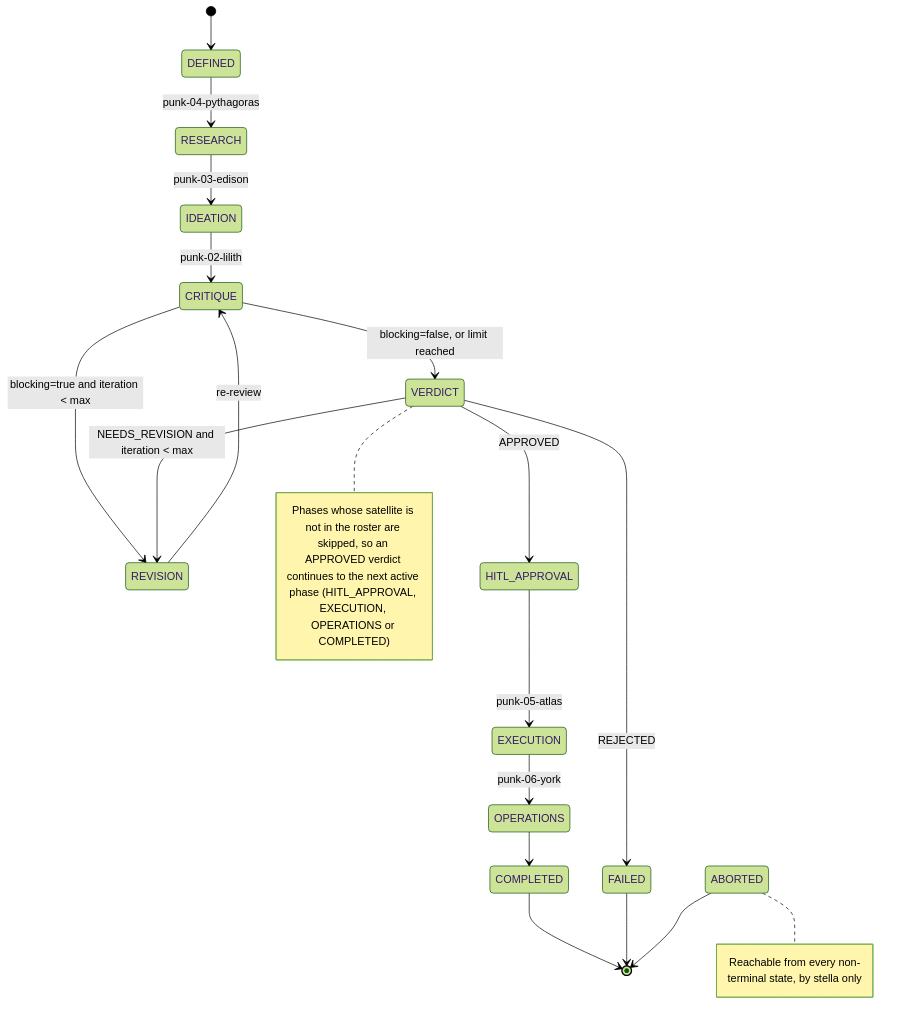
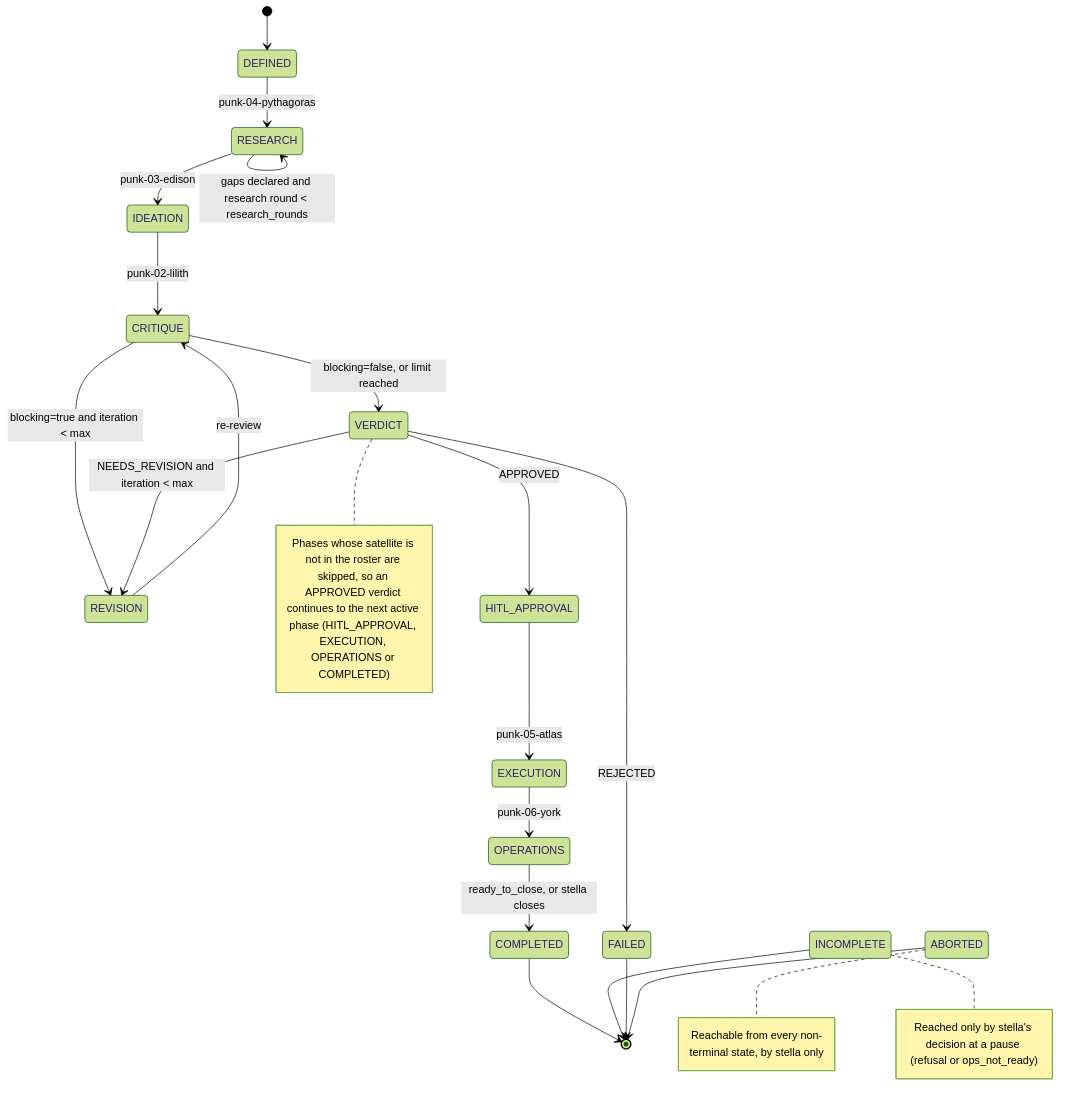
Before and after one commit to ckomiya/vegapunk-agents: the diagram in core/architecture.md, drawn with Mermaid (forest theme). The commit also changed other lines of this file and 1 other file, not shown here.

Commit message:
docs(core): specification 0.3.0 with refusals, flags, research rounds, ready_to_close and incomplete state

````diff
--- a/core/architecture.md
+++ b/core/architecture.md
@@ -93,21 +94,24 @@
 ```mermaid
 stateDiagram-v2
     [*] --> DEFINED
     DEFINED --> RESEARCH : punk-04-pythagoras
+    RESEARCH --> RESEARCH : gaps declared and research round < research_rounds
     RESEARCH --> IDEATION : punk-03-edison
     IDEATION --> CRITIQUE : punk-02-lilith
     CRITIQUE --> REVISION : blocking=true and iteration < max
     REVISION --> CRITIQUE : re-review
     CRITIQUE --> VERDICT : blocking=false, or limit reached
     VERDICT --> REVISION : NEEDS_REVISION and iteration < max
     VERDICT --> HITL_APPROVAL : APPROVED
     VERDICT --> FAILED : REJECTED
     HITL_APPROVAL --> EXECUTION : punk-05-atlas
     EXECUTION --> OPERATIONS : punk-06-york
-    OPERATIONS --> COMPLETED
+    OPERATIONS --> COMPLETED : ready_to_close, or stella closes
     COMPLETED --> [*]
+    INCOMPLETE --> [*]
     FAILED --> [*]
     ABORTED --> [*]
     note right of ABORTED : Reachable from every non-terminal state, by stella only
+    note right of INCOMPLETE : Reached only by stella's decision at a pause (refusal or ops_not_ready)
     note right of VERDICT : Phases whose satellite is not in the roster are skipped, so an APPROVED verdict continues to the next active phase (HITL_APPROVAL, EXECUTION, OPERATIONS or COMPLETED)
 ```
````
